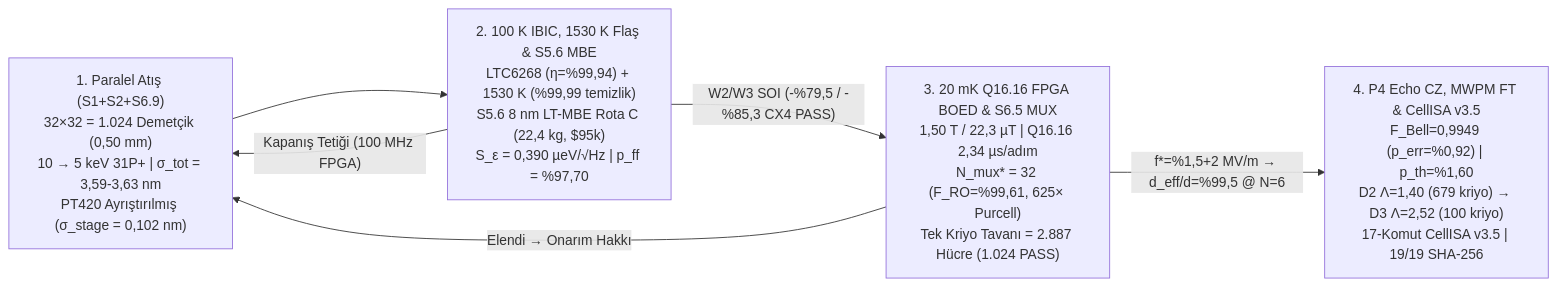
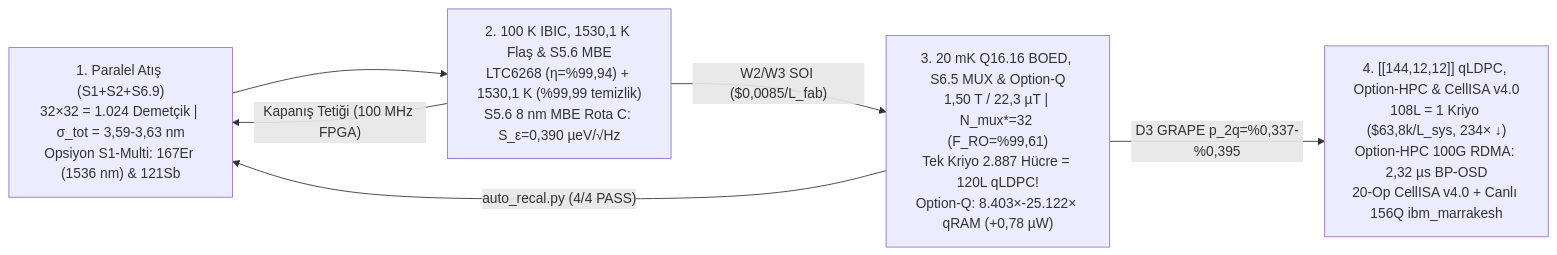
One commit to berkmec/Atom-Lithography changed the first of 3 diagrams in README.md. Above: the diagram before and after it, drawn with Mermaid. The commit also changed other lines of this file and 126 other files, not shown here.

Commit message:
Atom Lithography Machine v6.0: Option-Q qRAM & S1-Multi (Exp142), D3 GRAPE M4 & Option-HPC 100G RDMA (Exp143), qLDPC [[144,12,12]] 1-Cryostat 120L (Exp144), Live IBM ibm_marrakesh 156Q QPU Validation + CellISA v4.0 + auto_recal (Exp145), v6 Digital Twin (Exp146), CAD/BOM v6.0 + RFQ-09

````diff
--- a/README.md
+++ b/README.md
@@ -44,8 +46,8 @@
 ```mermaid
 flowchart LR
-    A["1. Paralel Atış (S1+S2+S6.9)<br/>32×32 = 1.024 Demetçik (0,50 mm)<br/>10 → 5 keV 31P+ | σ_tot = 3,59-3,63 nm<br/>PT420 Ayrıştırılmış (σ_stage = 0,102 nm)"] --> B["2. 100 K IBIC, 1530 K Flaş & S5.6 MBE<br/>LTC6268 (η=%99,94) + 1530 K (%99,99 temizlik)<br/>S5.6 8 nm LT-MBE Rota C (22,4 kg, $95k)<br/>S_ε = 0,390 µeV/√Hz | p_ff = %97,70"]
+    A["1. Paralel Atış (S1+S2+S6.9)<br/>32×32 = 1.024 Demetçik | σ_tot = 3,59-3,63 nm<br/>Opsiyon S1-Multi: 167Er (1536 nm) & 121Sb"] --> B["2. 100 K IBIC, 1530,1 K Flaş & S5.6 MBE<br/>LTC6268 (η=%99,94) + 1530,1 K (%99,99 temizlik)<br/>S5.6 8 nm MBE Rota C: S_ε=0,390 µeV/√Hz"]
     B -->|"Kapanış Tetiği (100 MHz FPGA)"| A
-    B -->|"W2/W3 SOI (-%79,5 / -%85,3 CX4 PASS)"| C["3. 20 mK Q16.16 FPGA BOED & S6.5 MUX<br/>1,50 T / 22,3 µT | Q16.16 2,34 µs/adım<br/>N_mux* = 32 (F_RO=%99,61, 625× Purcell)<br/>Tek Kriyo Tavanı = 2.887 Hücre (1.024 PASS)"]
-    C -->|"f*=%1,5+2 MV/m → d_eff/d=%99,5 @ N=6"| D["4. P4 Echo CZ, MWPM FT & CellISA v3.5<br/>F_Bell=0,9949 (p_err=%0,92) | p_th=%1,60<br/>D2 Λ=1,40 (679 kriyo) → D3 Λ=2,52 (100 kriyo)<br/>17-Komut CellISA v3.5 | 19/19 SHA-256"]
-    C -->|"Elendi → Onarım Hakkı"| A
+    B -->|"W2/W3 SOI ($0,0085/L_fab)"| C["3. 20 mK Q16.16 BOED, S6.5 MUX & Option-Q<br/>1,50 T / 22,3 µT | N_mux*=32 (F_RO=%99,61)<br/>Tek Kriyo 2.887 Hücre = 120L qLDPC!<br/>Option-Q: 8.403×-25.122× qRAM (+0,78 µW)"]
+    C -->|"D3 GRAPE p_2q=%0,337-%0,395"| D["4. [[144,12,12]] qLDPC, Option-HPC & CellISA v4.0<br/>108L = 1 Kriyo ($63,8k/L_sys, 234× ↓)<br/>Option-HPC 100G RDMA: 2,32 µs BP-OSD<br/>20-Op CellISA v4.0 + Canlı 156Q ibm_marrakesh"]
+    C -->|"auto_recal.py (4/4 PASS)"| A
 ```
````
